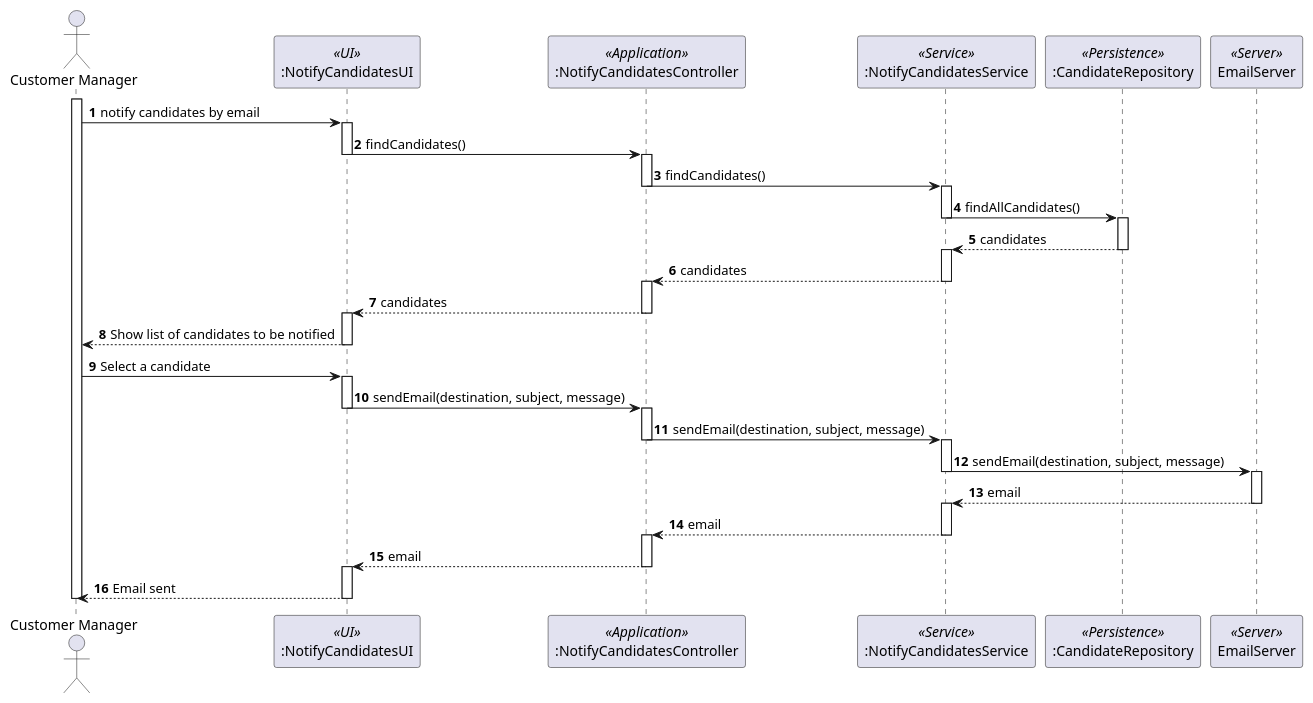
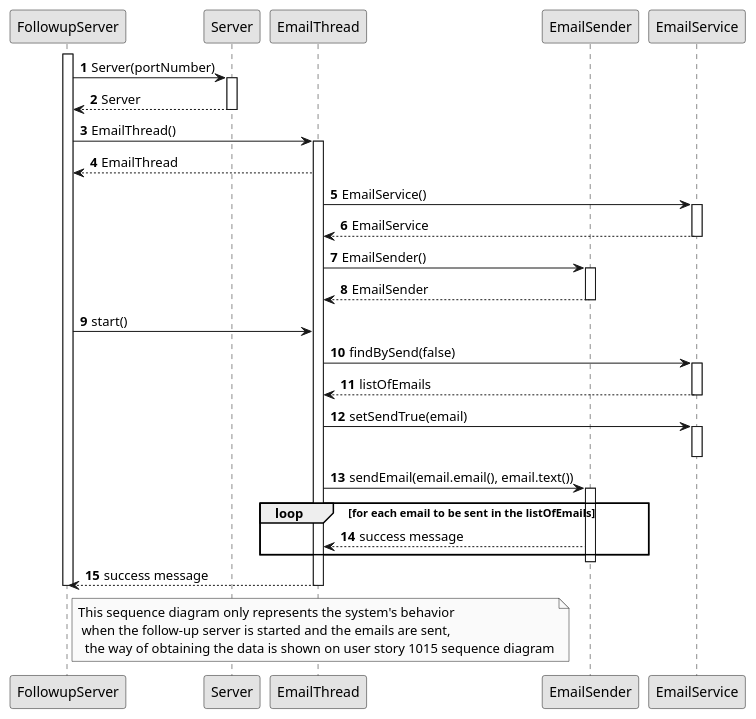
The diagram in docs/sprintC/1016/puml/1016-sequence-diagram.puml (marcoferreira37/Lapr4), drawn with PlantUML before and after one commit. The commit also changed 5 other files, not shown here.

Commit message:
#41 update domain model, class diagram and sequence diagram

```diff
--- a/docs/sprintC/1016/puml/1016-sequence-diagram.puml
+++ b/docs/sprintC/1016/puml/1016-sequence-diagram.puml
@@ -1,103 +1,56 @@
 @startuml
-
-actor "Customer Manager" as Agent
-participant ":NotifyCandidatesUI" as ui <<UI>>
-participant ":NotifyCandidatesController" as ctrl <<Application>>
-participant ":NotifyCandidatesService" as appServ <<Service>>
-
-participant ":CandidateRepository" as candRepo <<Persistence>>
-'participant ":ApplicationRepository" as appRepo <<Persistence>>
-'participant ":JobOpeningApplication" as app <<Domain>>
-participant "EmailServer" as server <<Server>>
-
+'https://plantuml.com/use-case-diagram
+skinparam monochrome true
+skinparam packageStyle rectangle
+skinparam shadowing false
 autonumber
 
-activate Agent
-
-Agent -> ui: notify candidates by email
-activate ui
-
-ui -> ctrl: findCandidates()
-deactivate ui
-activate ctrl
-
-ctrl -> appServ: findCandidates()
-
-deactivate ctrl
-
-activate appServ
-
-appServ -> candRepo: findAllCandidates()
-deactivate appServ
-
-activate candRepo
-
-candRepo --> appServ: candidates
-deactivate candRepo
-activate appServ
-deactivate candRepo
+participant "FollowupServer" as FS
+participant "Server" as S
+participant "EmailThread" as ET
+participant "EmailSender" as ES
+participant "EmailService" as ESvc
 
 
-appServ --> ctrl: candidates
-deactivate appServ
-activate ctrl
+activate FS
+FS -> S: Server(portNumber)
+activate S
+S --> FS: Server
+deactivate S
+FS -> ET: EmailThread()
+activate ET
+ET --> FS: EmailThread
+ET -> ESvc: EmailService()
+activate ESvc
+ESvc --> ET: EmailService
+deactivate ESvc
+ET -> ES: EmailSender()
+activate ES
+ES --> ET: EmailSender
+deactivate ES
+FS -> ET: start()
+ET -> ESvc: findBySend(false)
+activate ESvc
+ESvc --> ET: listOfEmails
+deactivate ESvc
+ET -> ESvc: setSendTrue(email)
+activate ESvc
+deactivate ESvc
+ET -> ES: sendEmail(email.email(), email.text())
+activate ES
+loop for each email to be sent in the listOfEmails
+ES --> ET: success message
+end
+deactivate ES
+ET --> FS: success message
+deactivate ET
+deactivate FS
 
-deactivate appServ
-ctrl --> ui: candidates
-deactivate ctrl
-activate ui
-
-deactivate ctrl
-
-
-
-
-ui --> Agent : Show list of candidates to be notified
-deactivate ui
-Agent -> ui: Select a candidate
-activate ui
-
-ui -> ctrl: sendEmail(destination, subject, message)
-deactivate ui
-
-activate ctrl
-
-ctrl -> appServ: sendEmail(destination, subject, message)
-deactivate ctrl
-activate appServ
-
-appServ -> server: sendEmail(destination, subject, message)
-deactivate appServ
-
-activate server
-
-server --> appServ: email
-deactivate server
-
-activate appServ
-
-appServ --> ctrl: email
-deactivate appServ
-
-activate ctrl
-
-ctrl --> ui: email
-deactivate ctrl
-
-
-activate ui
-
-ui --> Agent : Email sent
-
-deactivate ui
-
-
-
-
-
-
-deactivate Agent
-
+note right of FS
+  This sequence diagram only represents the system's behavior
+   when the follow-up server is started and the emails are sent,
+    the way of obtaining the data is shown on user story 1015 sequence diagram
+end note
 
 
 @enduml
```
